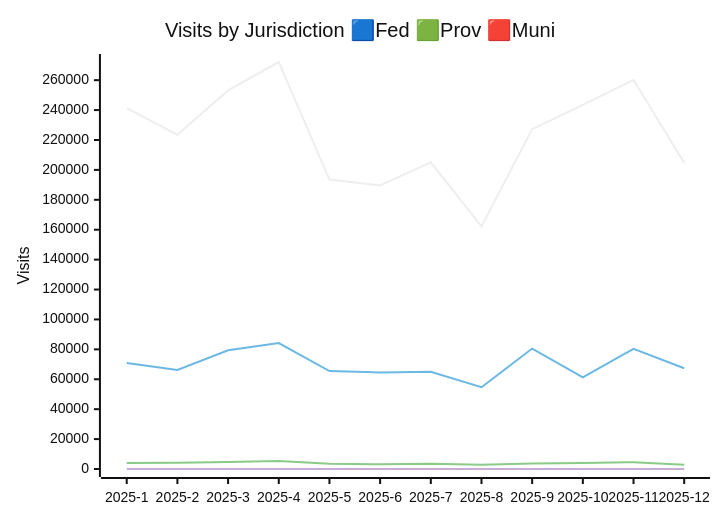
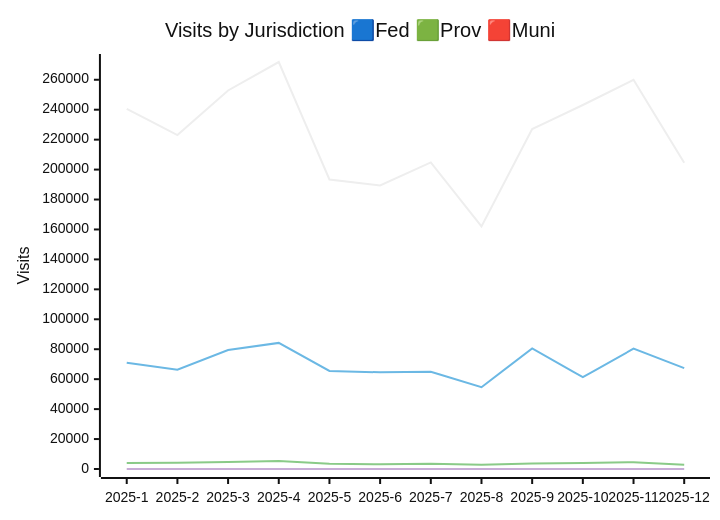
The second of 3 diagrams in JURISDICTION_ANALYTICS_REPORT/readme.md (open-data/analytics-corporate-reporting), drawn with Mermaid (neutral theme) before and after one commit. The commit also changed other lines of this file and 2 other files, not shown here.

````diff
--- a/JURISDICTION_ANALYTICS_REPORT/readme.md
+++ b/JURISDICTION_ANALYTICS_REPORT/readme.md
@@ -27,11 +27,11 @@
 ```mermaid
 
 xychart-beta
     title "Visits by Jurisdiction 🟦Fed 🟩Prov 🟥Muni"
     x-axis [2025-1, 2025-2, 2025-3, 2025-4, 2025-5, 2025-6, 2025-7, 2025-8, 2025-9, 2025-10, 2025-11, 2025-12]
-    y-axis "Visits" 0 --> 272145
-    line [241271, 223539, 253153, 272135, 193502, 189608, 205044, 162238, 227239, 243412, 260156, 204699]
+    y-axis "Visits" 0 --> 271857
+    line [240608, 223077, 252818, 271847, 193364, 189360, 204780, 162037, 227040, 243121, 259971, 204508]
     line [70946, 66282, 79422, 84227, 65508, 64590, 64992, 54657, 80523, 61303, 80376, 67366]
     line [4053, 4102, 4636, 5355, 3436, 3219, 3567, 2870, 3604, 4081, 4551, 2829]
     line [0, 0, 0, 0, 0, 0, 0, 0, 0, 13, 7, 27]
 ```
````
